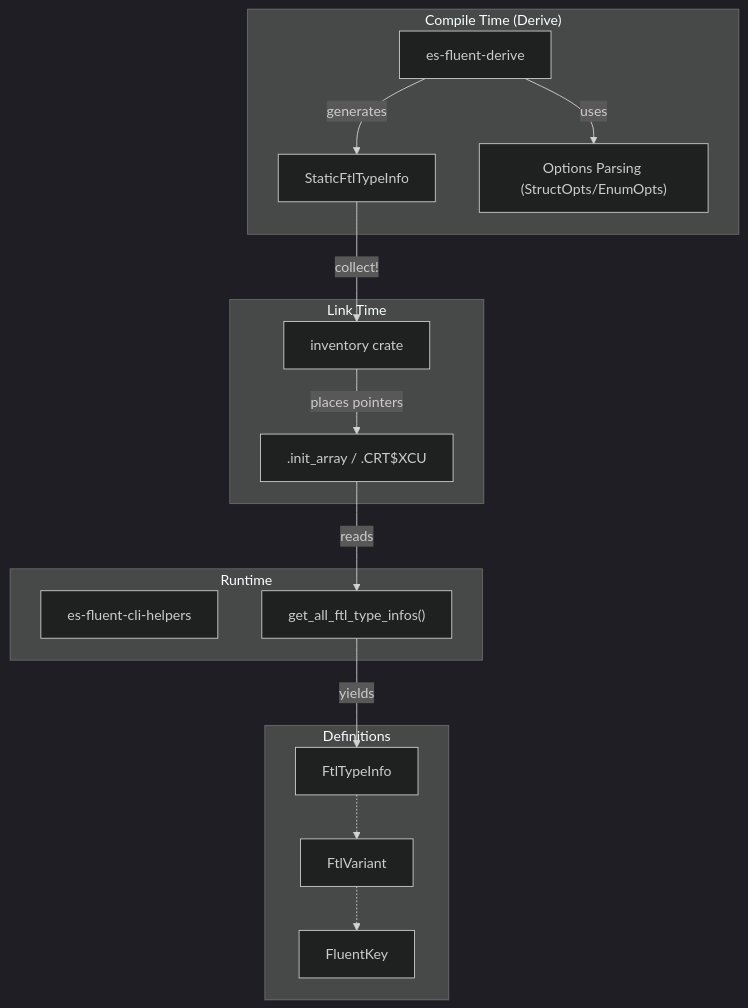
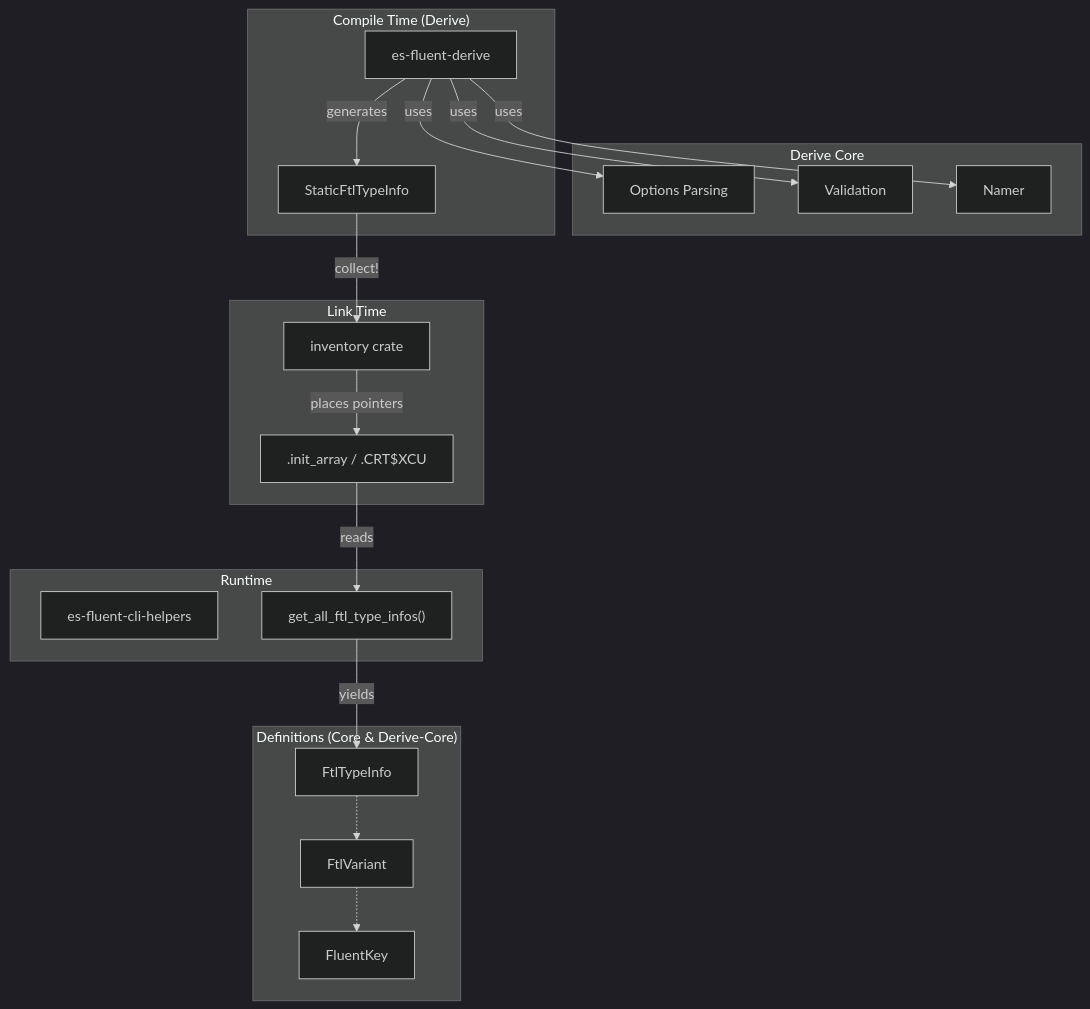
One commit to stayhydated/es-fluent changed the diagram in crates/es-fluent-core/docs/ARCHITECTURE.md. Above: the diagram before and after it, drawn with Mermaid (dark theme). The commit also changed other lines of this file and 44 other files, not shown here.

````diff
--- a/crates/es-fluent-core/docs/ARCHITECTURE.md
+++ b/crates/es-fluent-core/docs/ARCHITECTURE.md
@@ -17,33 +20,40 @@
 ```mermaid
 flowchart TD
-    subgraph DEF["Definitions"]
+    subgraph DEF ["Definitions (Core & Derive-Core)"]
         FTL[FtlTypeInfo]
         VAR[FtlVariant]
         KEY[FluentKey]
     end
 
+    subgraph "Derive Core"
+        OPTS["Options Parsing"]
+        VAL["Validation"]
+        NAMER["Namer"]
+    end
+
     subgraph "Compile Time (Derive)"
         MACRO["es-fluent-derive"]
         STATIC[StaticFtlTypeInfo]
-        OPTS["Options Parsing (StructOpts/EnumOpts)"]
     end
 
     subgraph "Link Time"
         INV["inventory crate"]
         SECT[".init_array / .CRT$XCU"]
     end
 
     subgraph "Runtime"
         HELPER["es-fluent-cli-helpers"]
         ITER["get_all_ftl_type_infos()"]
     end
 
     MACRO -->|uses| OPTS
+    MACRO -->|uses| VAL
+    MACRO -->|uses| NAMER
     MACRO -->|generates| STATIC
     STATIC -->|collect!| INV
     INV -->|places pointers| SECT
     SECT -->|reads| ITER
     ITER -->|yields| FTL
     FTL -.-> VAR
     VAR -.-> KEY
 ```
````
